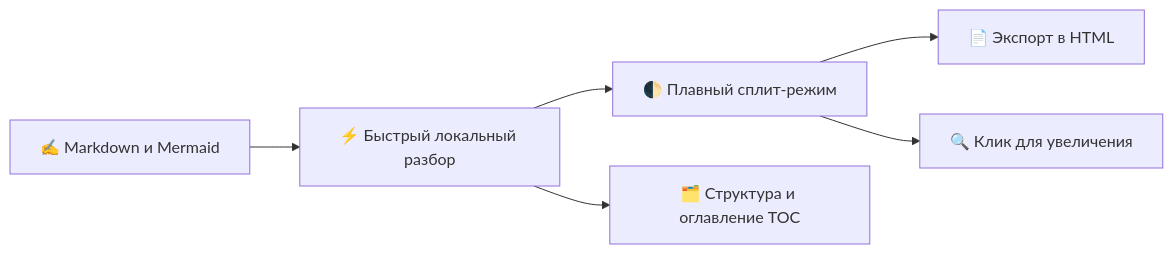
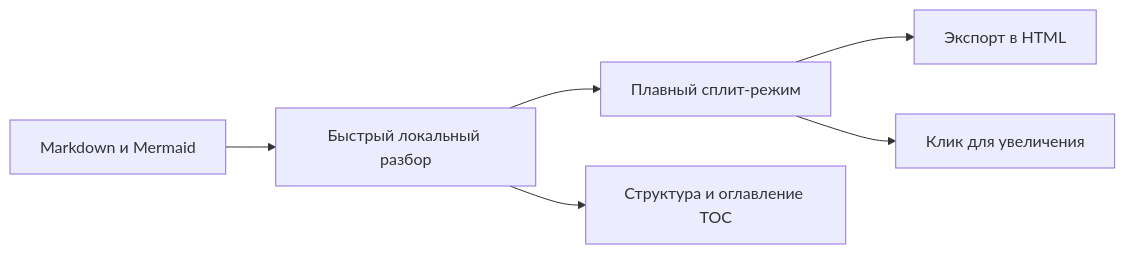
One commit to 2716190547/zmark changed the diagram in crates/zmark_app/assets/welcome/ru.md. Above: the diagram before and after it, drawn with Mermaid. The commit also changed other lines of this file and 9 other files, not shown here.

````diff
--- a/crates/zmark_app/assets/welcome/ru.md
+++ b/crates/zmark_app/assets/welcome/ru.md
@@ -84,8 +84,8 @@
 ```mermaid
 flowchart LR
-    Write["✍️ Markdown и Mermaid"] --> Parse["⚡️ Быстрый локальный разбор"]
-    Parse --> Split["🌓 Плавный сплит-режим"]
-    Parse --> Outline["🗂️ Структура и оглавление TOC"]
-    Split --> Export["📄 Экспорт в HTML"]
-    Split --> Lightbox["🔍 Клик для увеличения"]
+    Write["Markdown и Mermaid"] --> Parse["Быстрый локальный разбор"]
+    Parse --> Split["Плавный сплит-режим"]
+    Parse --> Outline["Структура и оглавление TOC"]
+    Split --> Export["Экспорт в HTML"]
+    Split --> Lightbox["Клик для увеличения"]
 ```
````
